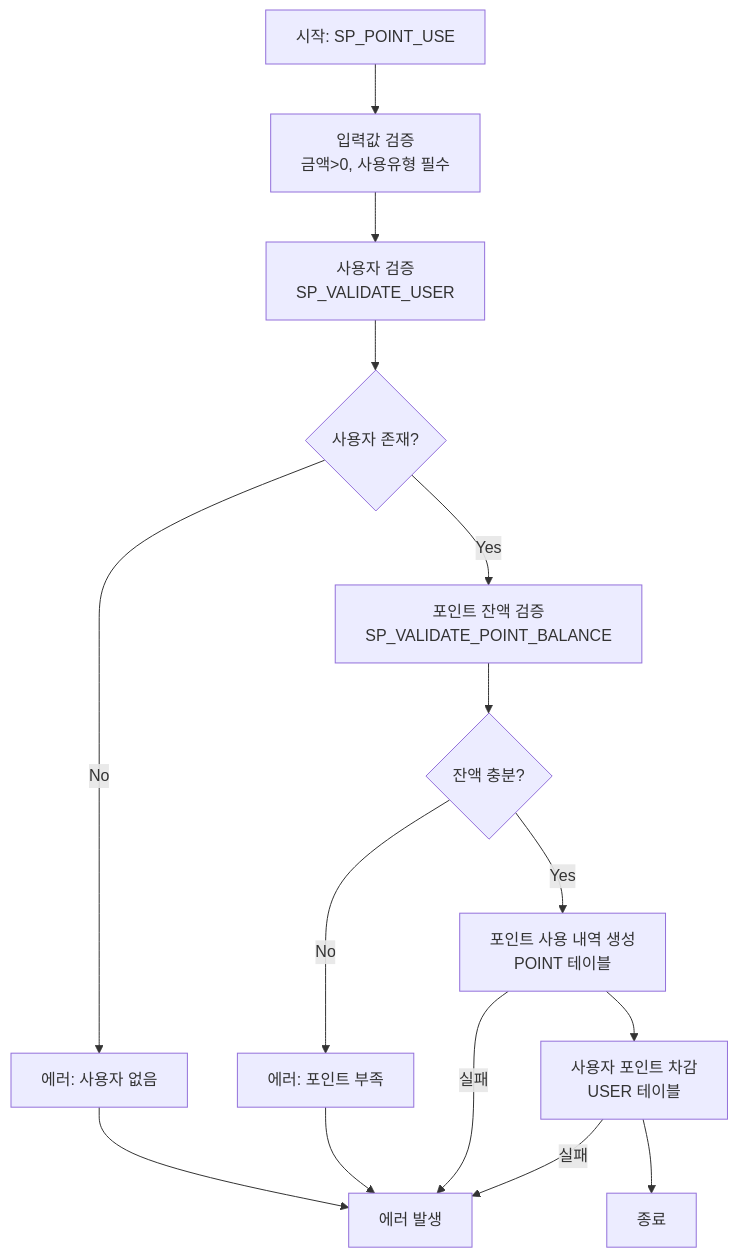
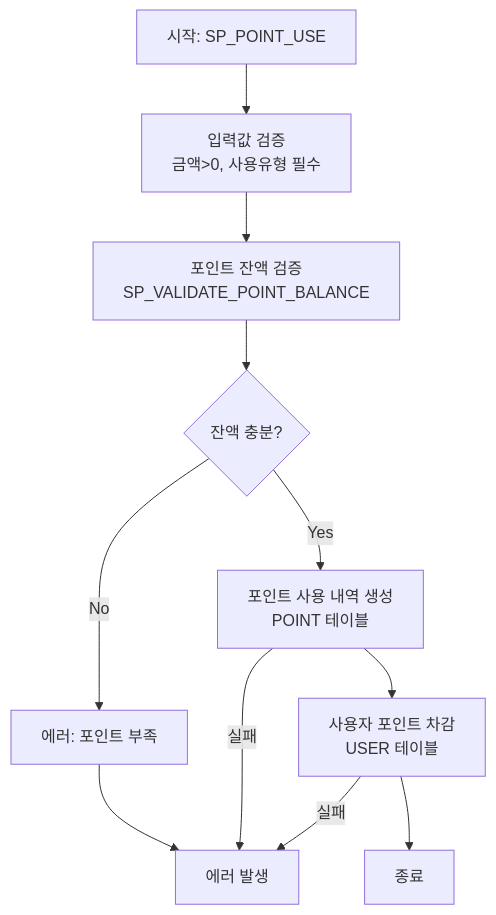
One commit to DBDIBABIDIBU/be15-1st-DBDIBABDBU-mobile_receipt changed the diagram in src/mobile-receipt/point/diagram_point_use.md. Above: the diagram before and after it, drawn with Mermaid. The commit also changed 6 other files, not shown here.

Commit message:
hotfix:다이어그램 오류 수정, readme에 레플리케이션 서버 테스트 적용

````diff
--- a/src/mobile-receipt/point/diagram_point_use.md
+++ b/src/mobile-receipt/point/diagram_point_use.md
@@ -1,22 +1,17 @@
 ```mermaid
 flowchart TD
     A[시작: SP_POINT_USE] --> B[입력값 검증<br/>금액>0, 사용유형 필수]
-    B --> C[사용자 검증<br/>SP_VALIDATE_USER]
-
-    C --> D{사용자 존재?}
-    D -->|No| E[에러: 사용자 없음]
-    D -->|Yes| F[포인트 잔액 검증<br/>SP_VALIDATE_POINT_BALANCE]
+    B --> F[포인트 잔액 검증<br/>SP_VALIDATE_POINT_BALANCE]
 
     F --> G{잔액 충분?}
     G -->|No| H[에러: 포인트 부족]
     G -->|Yes| I[포인트 사용 내역 생성<br/>POINT 테이블]
 
     I --> J[사용자 포인트 차감<br/>USER 테이블]
     J --> K[종료]
 
     %% 에러 처리
-    E --> L[에러 발생]
-    H --> L
+    H --> L[에러 발생]
     I -->|실패| L
     J -->|실패| L
 ```
````
